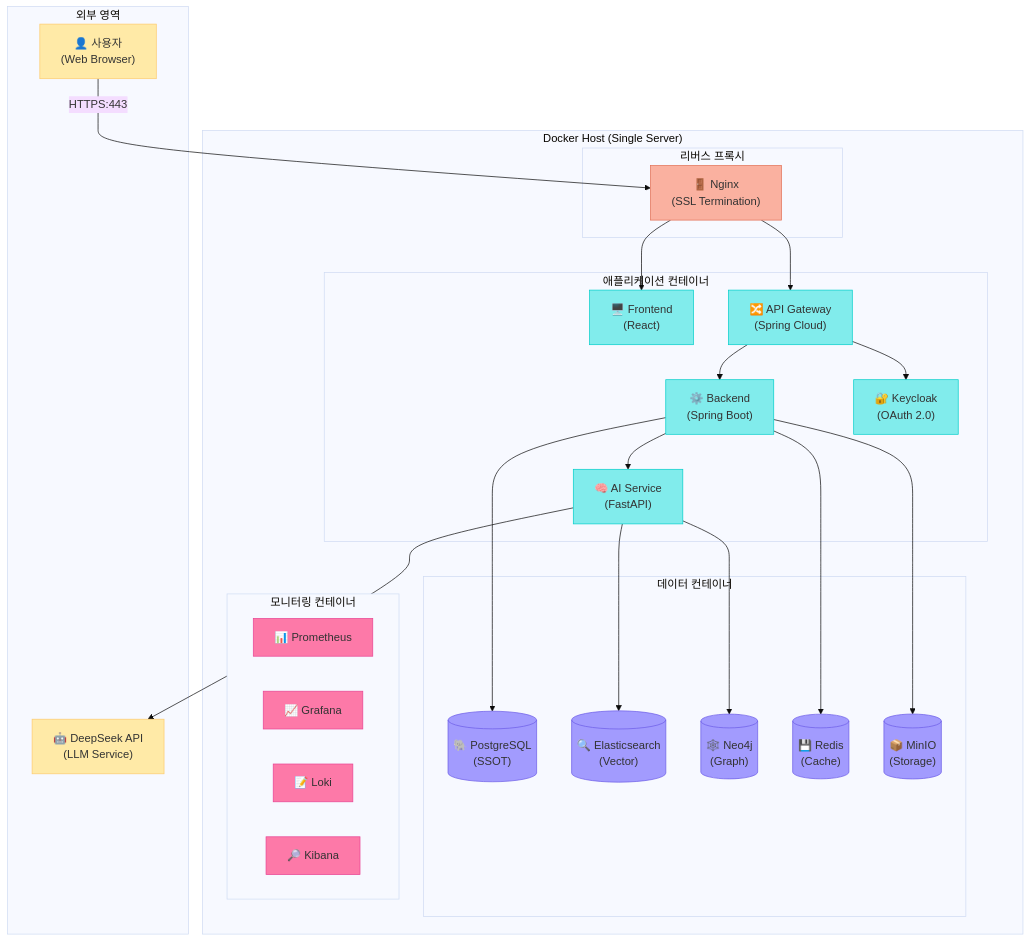
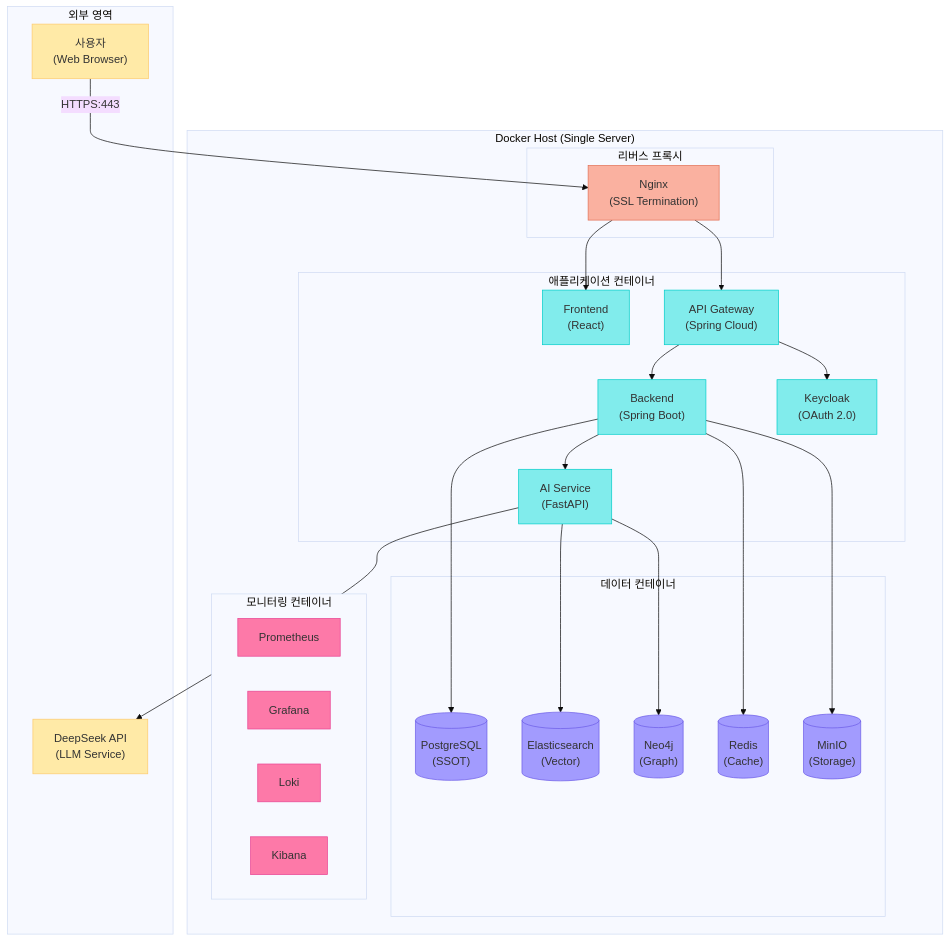
The first of 6 diagrams in knowledge_service/docs/02_design/infrastructure_detailed_design.md (k82022603/hybrid-rag-knowledge-ops), drawn with Mermaid (base theme) before and after one commit. The commit also changed other lines of this file and 32 other files, not shown here.

````diff
--- a/knowledge_service/docs/02_design/infrastructure_detailed_design.md
+++ b/knowledge_service/docs/02_design/infrastructure_detailed_design.md
@@ -86,61 +88,61 @@
 ```mermaid
 flowchart TB
     subgraph External["외부 영역"]
-        Users["👤 사용자<br/>(Web Browser)"]
-        DeepSeek["🤖 DeepSeek API<br/>(LLM Service)"]
+        Users["사용자<br/>(Web Browser)"]
+        DeepSeek["DeepSeek API<br/>(LLM Service)"]
     end
 
     subgraph Host["Docker Host (Single Server)"]
         subgraph Proxy["리버스 프록시"]
-            Nginx["🚪 Nginx<br/>(SSL Termination)"]
+            Nginx["Nginx<br/>(SSL Termination)"]
         end
 
         subgraph App["애플리케이션 컨테이너"]
-            FE["🖥️ Frontend<br/>(React)"]
-            GW["🔀 API Gateway<br/>(Spring Cloud)"]
-            BE["⚙️ Backend<br/>(Spring Boot)"]
-            AI["🧠 AI Service<br/>(FastAPI)"]
-            KC["🔐 Keycloak<br/>(OAuth 2.0)"]
+            FE["Frontend<br/>(React)"]
+            GW["API Gateway<br/>(Spring Cloud)"]
+            BE["Backend<br/>(Spring Boot)"]
+            AI["AI Service<br/>(FastAPI)"]
+            KC["Keycloak<br/>(OAuth 2.0)"]
         end
 
         subgraph Data["데이터 컨테이너"]
-            PG[("🐘 PostgreSQL<br/>(SSOT)")]
-            ES[("🔍 Elasticsearch<br/>(Vector)")]
-            Neo[("🕸️ Neo4j<br/>(Graph)")]
-            Redis[("💾 Redis<br/>(Cache)")]
-            MinIO[("📦 MinIO<br/>(Storage)")]
+            PG[("PostgreSQL<br/>(SSOT)")]
+            ES[("Elasticsearch<br/>(Vector)")]
+            Neo[("Neo4j<br/>(Graph)")]
+            Redis[("Redis<br/>(Cache)")]
+            MinIO[("MinIO<br/>(Storage)")]
         end
 
         subgraph Monitor["모니터링 컨테이너"]
-            Prometheus["📊 Prometheus"]
-            Grafana["📈 Grafana"]
-            Loki["📝 Loki"]
-            Kibana["🔎 Kibana"]
+            Prometheus["Prometheus"]
+            Grafana["Grafana"]
+            Loki["Loki"]
+            Kibana["Kibana"]
         end
     end
 
     Users -->|"HTTPS:443"| Nginx
     Nginx --> FE
     Nginx --> GW
     GW --> KC
     GW --> BE
     BE --> AI
     BE --> PG
     BE --> Redis
     AI --> ES
     AI --> Neo
     AI --> DeepSeek
     BE --> MinIO
 
     classDef external fill:#ffeaa7,stroke:#fdcb6e
     classDef proxy fill:#fab1a0,stroke:#e17055
     classDef app fill:#81ecec,stroke:#00cec9
     classDef data fill:#a29bfe,stroke:#6c5ce7
     classDef monitor fill:#fd79a8,stroke:#e84393
 
     class Users,DeepSeek external
     class Nginx proxy
     class FE,GW,BE,AI,KC app
     class PG,ES,Neo,Redis,MinIO data
     class Prometheus,Grafana,Loki,Kibana monitor
 ```
````
